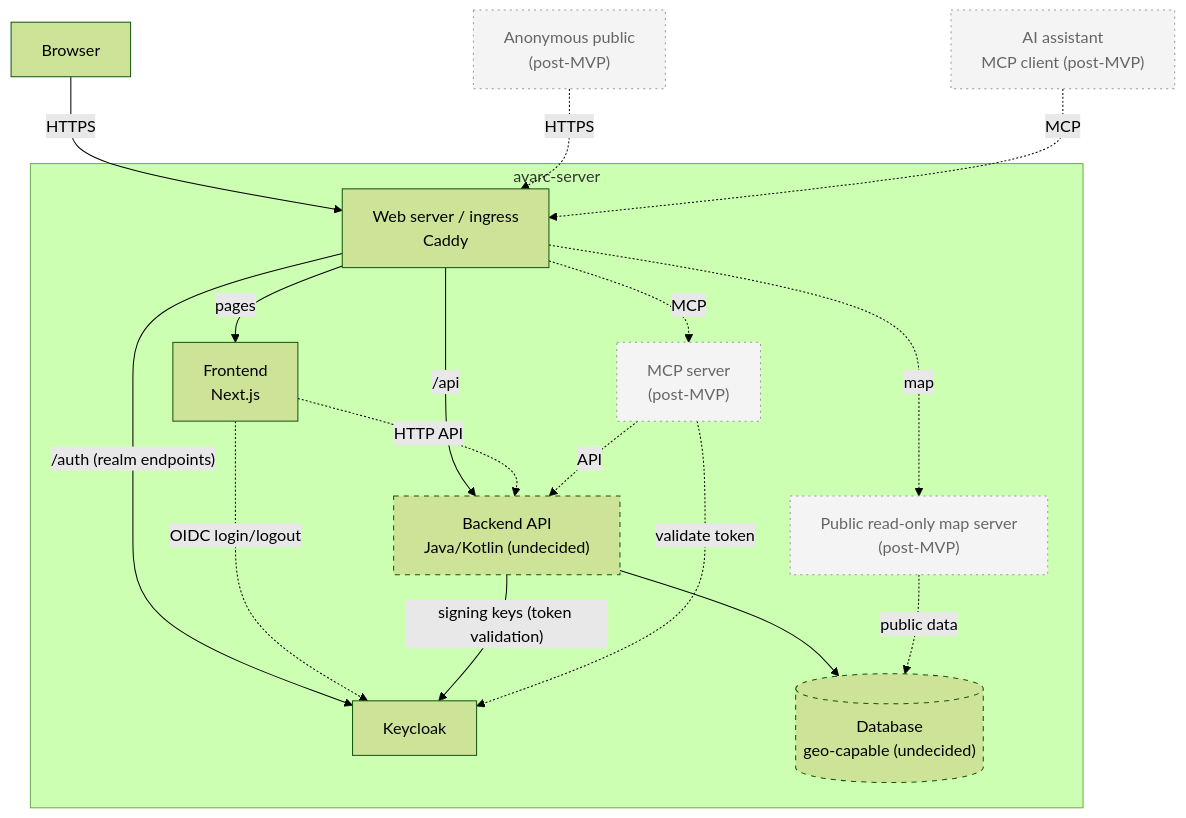
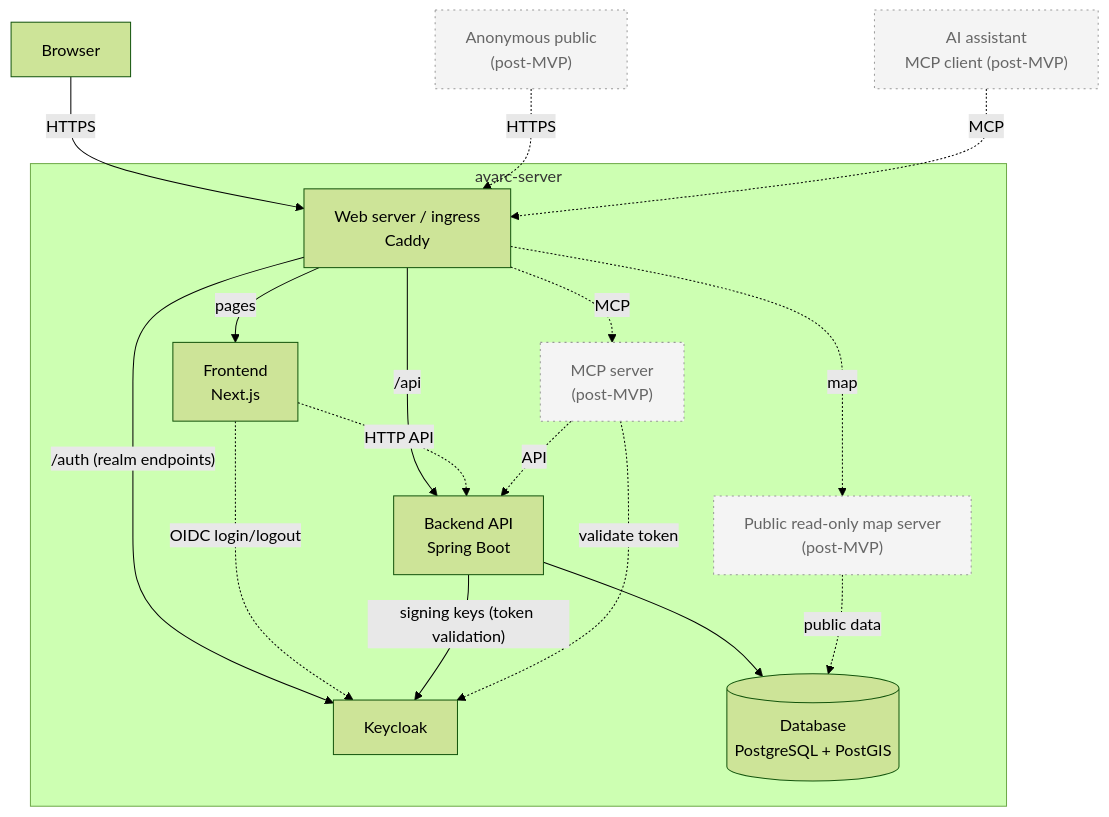
The diagram in spec/architecture-diagram.md (avarcorg/avarc-server), drawn with Mermaid (forest theme) before and after one commit. The commit also changed 4 other files, not shown here.

````diff
--- a/spec/architecture-diagram.md
+++ b/spec/architecture-diagram.md
@@ -11,38 +11,37 @@
 ```mermaid
 flowchart TB
     Browser[Browser]
     AIClient["AI assistant<br/>MCP client (post-MVP)"]
 
     subgraph Server["avarc-server"]
         Ingress["Web server / ingress<br/>Caddy"]
         Frontend["Frontend<br/>Next.js"]
-        Backend["Backend API<br/>Java/Kotlin (undecided)"]
+        Backend["Backend API<br/>Spring Boot"]
         Keycloak["Keycloak"]
         MapServer["Public read-only map server<br/>(post-MVP)"]
         MCP["MCP server<br/>(post-MVP)"]
-        DB[("Database<br/>geo-capable (undecided)")]
+        DB[("Database<br/>PostgreSQL + PostGIS")]
     end
 
     Browser -- "HTTPS" --> Ingress
     Ingress -- "pages" --> Frontend
     Ingress -- "/api" --> Backend
     Ingress -- "/auth (realm endpoints)" --> Keycloak
     Frontend -. "HTTP API" .-> Backend
     Frontend -. "OIDC login/logout" .-> Keycloak
     Backend -- "signing keys (token validation)" --> Keycloak
     Backend --> DB
     Anonymous["Anonymous public<br/>(post-MVP)"]
     Anonymous -. "HTTPS" .-> Ingress
     Ingress -. "map" .-> MapServer
     MapServer -. "public data" .-> DB
     AIClient -. "MCP" .-> Ingress
     Ingress -. "MCP" .-> MCP
     MCP -. "API" .-> Backend
     MCP -. "validate token" .-> Keycloak
 
     classDef undecided stroke-dasharray: 5 5;
-    class Backend,DB undecided;
 
     classDef postmvp stroke-dasharray: 2 4,fill:#f4f4f4,stroke:#999,color:#666;
     class AIClient,MCP,MapServer,Anonymous postmvp;
 ```
````
